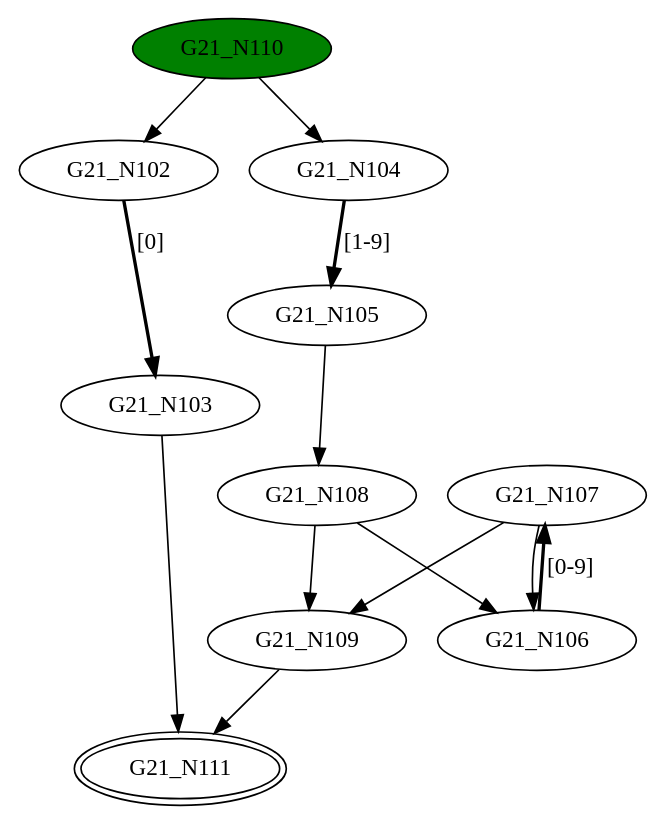
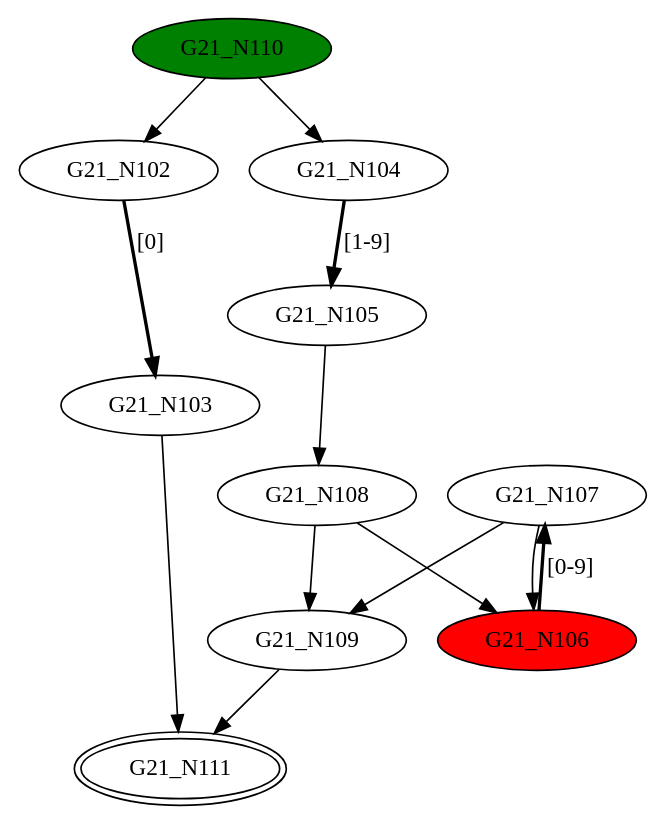
Before and after one commit to GDimitroulakos/EDUFLEX: the diagram in DFASimulator/Testbench/merge3.dot, drawn with Graphviz. The commit also changed 30 other files, not shown here.

```diff
--- a/DFASimulator/Testbench/merge3.dot
+++ b/DFASimulator/Testbench/merge3.dot
@@ -1,24 +1,24 @@
 digraph G21{
 "G21_N102";
 "G21_N103";
 "G21_N104";
 "G21_N105";
-"G21_N106";
+"G21_N106" [style=filled,fillcolor=red];
 "G21_N107";
 "G21_N108";
 "G21_N109";
 "G21_N110" [style=filled,fillcolor=green];
 "G21_N111" [peripheries=2];
 "G21_N102"->"G21_N103" [style = bold, label = "[0]"];
 "G21_N104"->"G21_N105" [style = bold, label = "[1-9]"];
 "G21_N106"->"G21_N107" [style = bold, label = "[0-9]"];
 "G21_N108"->"G21_N106";
 "G21_N107"->"G21_N109";
 "G21_N108"->"G21_N109";
 "G21_N107"->"G21_N106";
 "G21_N105"->"G21_N108";
 "G21_N110"->"G21_N102";
 "G21_N110"->"G21_N104";
 "G21_N109"->"G21_N111";
 "G21_N103"->"G21_N111";
 }
```
